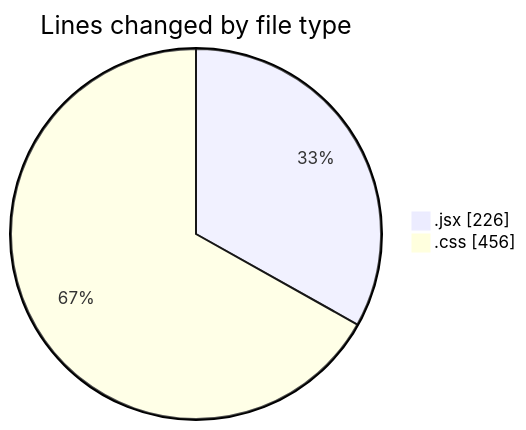
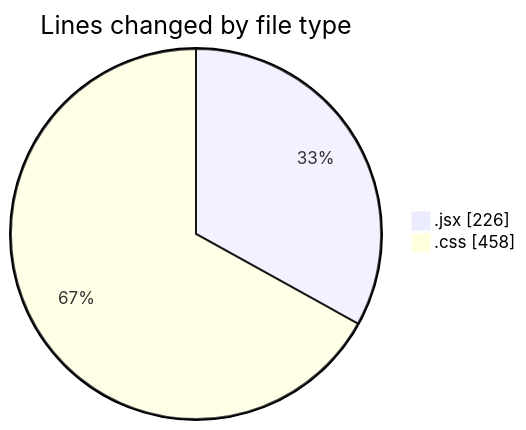
Before and after one commit to BS-eng2023/code-tracking: the first of 2 diagrams in 2025-05-08/recipe-app/README.md, drawn with Mermaid. The commit also changed other lines of this file and 1 other file, not shown here.

````diff
--- a/2025-05-08/recipe-app/README.md
+++ b/2025-05-08/recipe-app/README.md
@@ -22,6 +22,6 @@
 ```mermaid
 pie showData
 title Lines changed by file type
 ".jsx" : 226
-".css" : 456
+".css" : 458
 ```
````
